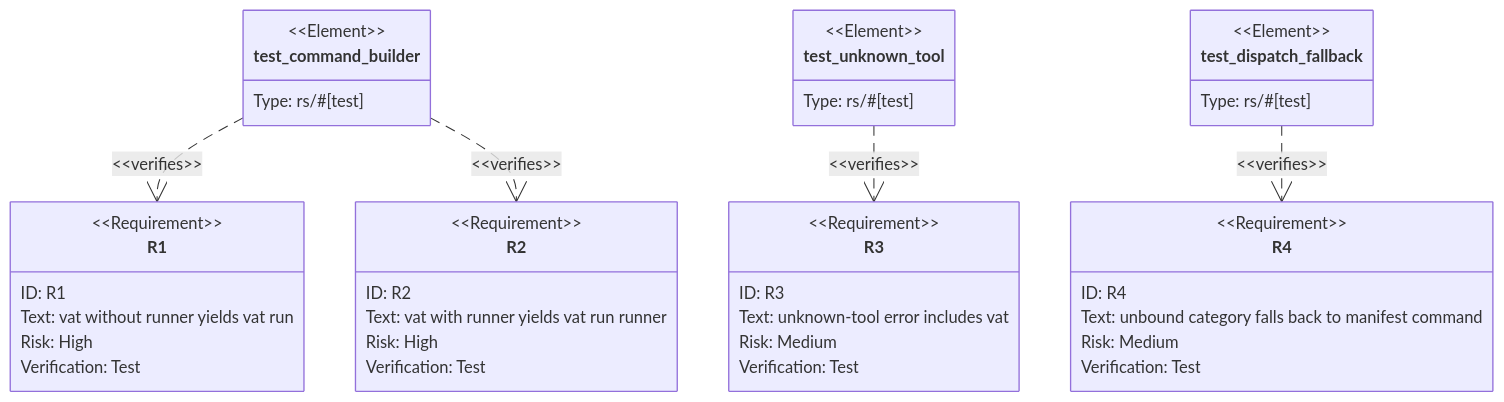
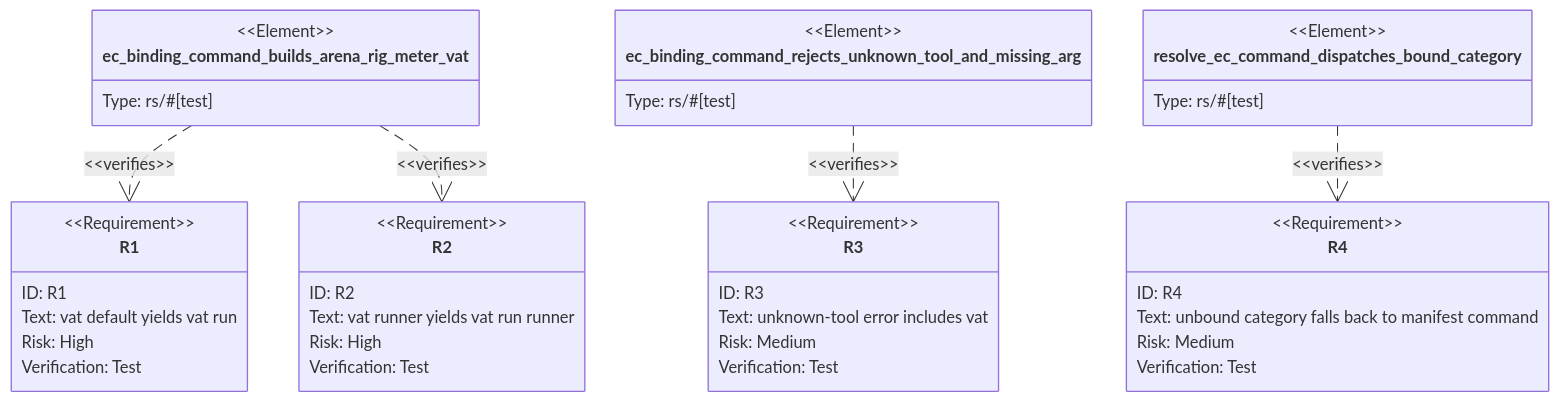
The second of 2 diagrams in projects/agentic-workflow/tech-design/logic/aw-ec-add-vat-binding-command-support.md (chrischeng-c4/axiom), drawn with Mermaid before and after one commit. The commit also changed other lines of this file, not shown here.

Commit message:
td(38) — contract section: unit-test
Lifecycle-Slug: 38
Work-Item: 38
Lifecycle-Stage: Td-Contract-Complete
Lifecycle-Phase: td_created
Lifecycle-Pass: contract
TD-Section: unit-test
Previous-Phase: td_contract_in_progress
Next-Phase: td_created
Next-Command: aw td review

````diff
--- a/projects/agentic-workflow/tech-design/logic/aw-ec-add-vat-binding-command-support.md
+++ b/projects/agentic-workflow/tech-design/logic/aw-ec-add-vat-binding-command-support.md
@@ -59,7 +59,7 @@
 requirements:
   vat_default:
     id: R1
-    text: "EcBinding::command() returns `vat run` when tool is vat and no runner id is configured."
+    text: "EcBinding::command() returns `vat run` when tool is vat and dir is absent or blank."
     kind: functional
     risk: high
     verify: test
@@ -71,42 +71,42 @@
     verify: test
   tool_error:
     id: R3
-    text: "Unknown-tool errors list vat alongside arena, rig, and meter."
+    text: "Unknown-tool errors list `arena|rig|meter|vat`."
     kind: functional
     risk: medium
     verify: test
   fallback_unchanged:
     id: R4
-    text: "Unbound EC categories continue to fall back to the manifest command."
+    text: "resolve_project_ec_command still uses manifest command for unbound EC categories."
     kind: regression
     risk: medium
     verify: test
 elements:
-  test_command_builder:
+  ec_binding_command_builds_arena_rig_meter_vat:
     kind: test
     type: "rs/#[test]"
-  test_unknown_tool:
+  ec_binding_command_rejects_unknown_tool_and_missing_arg:
     kind: test
     type: "rs/#[test]"
-  test_dispatch_fallback:
+  resolve_ec_command_dispatches_bound_category:
     kind: test
     type: "rs/#[test]"
 relations:
-  - { from: test_command_builder, verifies: vat_default }
-  - { from: test_command_builder, verifies: vat_named_runner }
-  - { from: test_unknown_tool, verifies: tool_error }
-  - { from: test_dispatch_fallback, verifies: fallback_unchanged }
+  - { from: ec_binding_command_builds_arena_rig_meter_vat, verifies: vat_default }
+  - { from: ec_binding_command_builds_arena_rig_meter_vat, verifies: vat_named_runner }
+  - { from: ec_binding_command_rejects_unknown_tool_and_missing_arg, verifies: tool_error }
+  - { from: resolve_ec_command_dispatches_bound_category, verifies: fallback_unchanged }
 ---
 requirementDiagram
     requirement R1 {
       id: R1
-      text: "vat without runner yields vat run"
+      text: "vat default yields vat run"
       risk: high
       verifymethod: test
     }
     requirement R2 {
       id: R2
-      text: "vat with runner yields vat run runner"
+      text: "vat runner yields vat run runner"
       risk: high
       verifymethod: test
     }
@@ -122,17 +122,17 @@
       risk: medium
       verifymethod: test
     }
-    element test_command_builder {
+    element ec_binding_command_builds_arena_rig_meter_vat {
       type: "rs/#[test]"
     }
-    element test_unknown_tool {
+    element ec_binding_command_rejects_unknown_tool_and_missing_arg {
       type: "rs/#[test]"
     }
-    element test_dispatch_fallback {
+    element resolve_ec_command_dispatches_bound_category {
       type: "rs/#[test]"
     }
-    test_command_builder - verifies -> R1
-    test_command_builder - verifies -> R2
-    test_unknown_tool - verifies -> R3
-    test_dispatch_fallback - verifies -> R4
+    ec_binding_command_builds_arena_rig_meter_vat - verifies -> R1
+    ec_binding_command_builds_arena_rig_meter_vat - verifies -> R2
+    ec_binding_command_rejects_unknown_tool_and_missing_arg - verifies -> R3
+    resolve_ec_command_dispatches_bound_category - verifies -> R4
 ```
````
